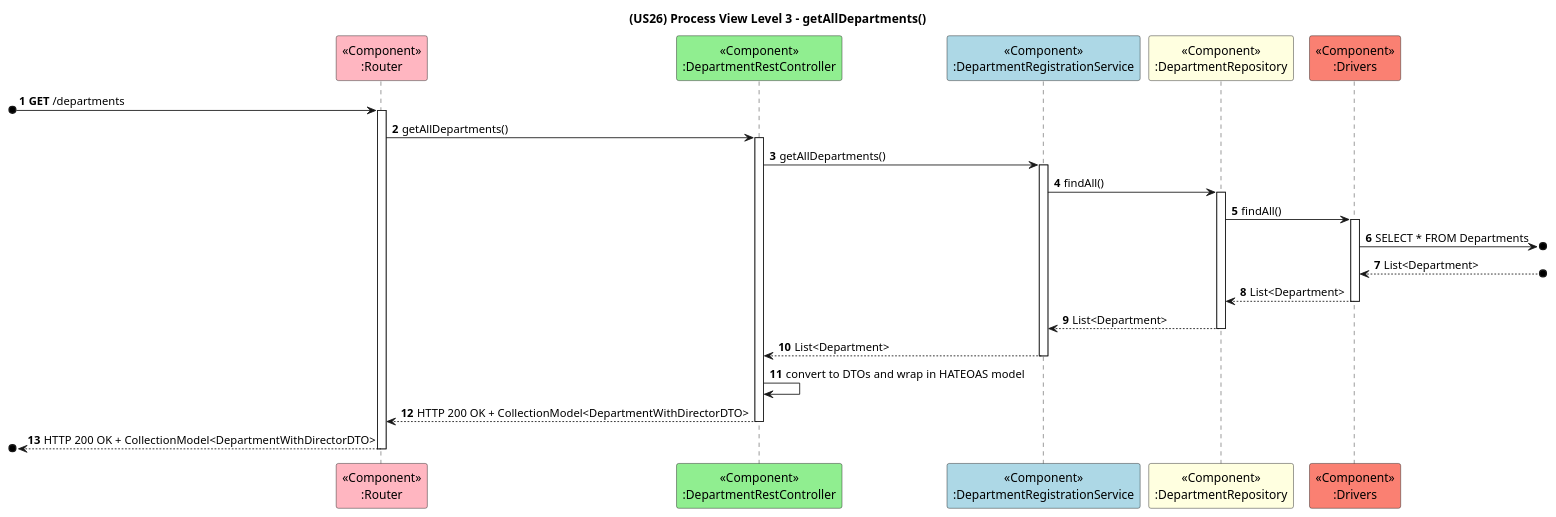
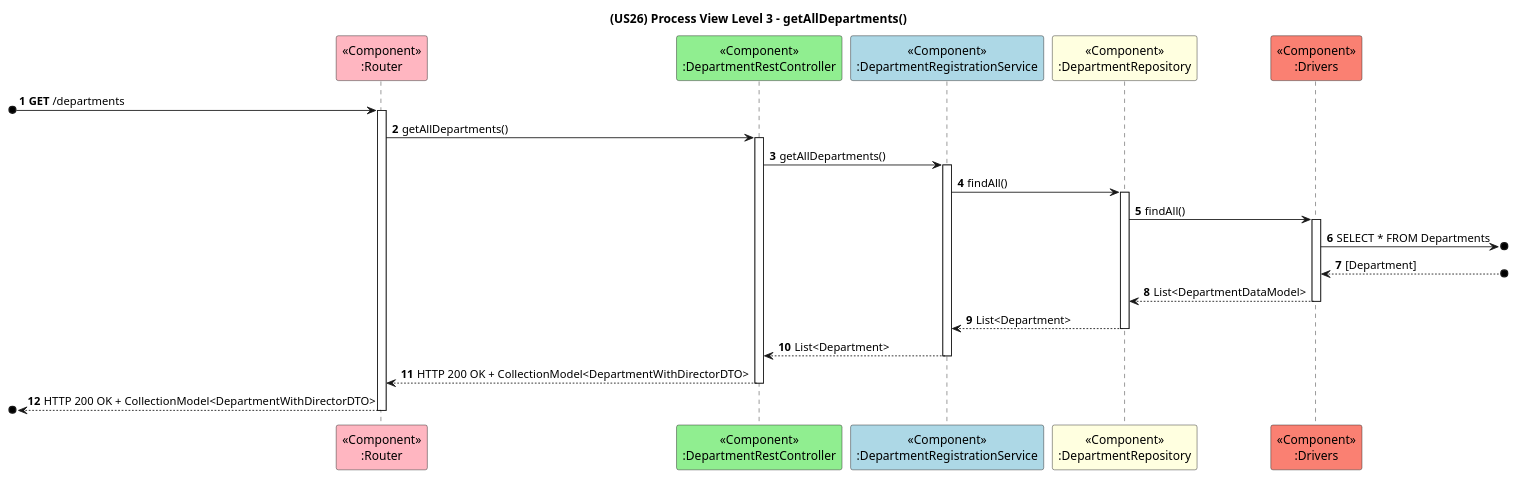
One commit to GasparISEP/DevOps-PAI changed the diagram in docs/US26/Sprint6_RestAPI/ProcessView/Level3ComponentContext-GetAllDepartments.puml. Above: the diagram before and after it, drawn with PlantUML. The commit also changed 1 other file, not shown here.

```diff
--- a/docs/US26/Sprint6_RestAPI/ProcessView/Level3ComponentContext-GetAllDepartments.puml
+++ b/docs/US26/Sprint6_RestAPI/ProcessView/Level3ComponentContext-GetAllDepartments.puml
@@ -1,26 +1,25 @@
 @startuml
 title (US26) Process View Level 3 - getAllDepartments()
 
 autonumber
 
 participant "<<Component>>\n:Router" as RT #lightpink
 participant "<<Component>>\n:DepartmentRestController" as C #lightgreen
 participant "<<Component>>\n:DepartmentRegistrationService" as S #lightblue
 participant "<<Component>>\n:DepartmentRepository" as R #lightyellow
 participant "<<Component>>\n:Drivers" as D #salmon
 
 [o-> RT ++: **GET** /departments
 RT -> C ++: getAllDepartments()
 C -> S ++: getAllDepartments()
 S -> R ++: findAll()
 R -> D ++: findAll()
 D ->o] : SELECT * FROM Departments
-D <--o] : List<Department>
-D --> R --: List<Department>
+D <--o] : [Department]
+D --> R --: List<DepartmentDataModel>
 R --> S --: List<Department>
 S --> C --: List<Department>
-C -> C: convert to DTOs and wrap in HATEOAS model
 C --> RT --: HTTP 200 OK + CollectionModel<DepartmentWithDirectorDTO>
 [o<-- RT --: HTTP 200 OK + CollectionModel<DepartmentWithDirectorDTO>
 
 @enduml
```
